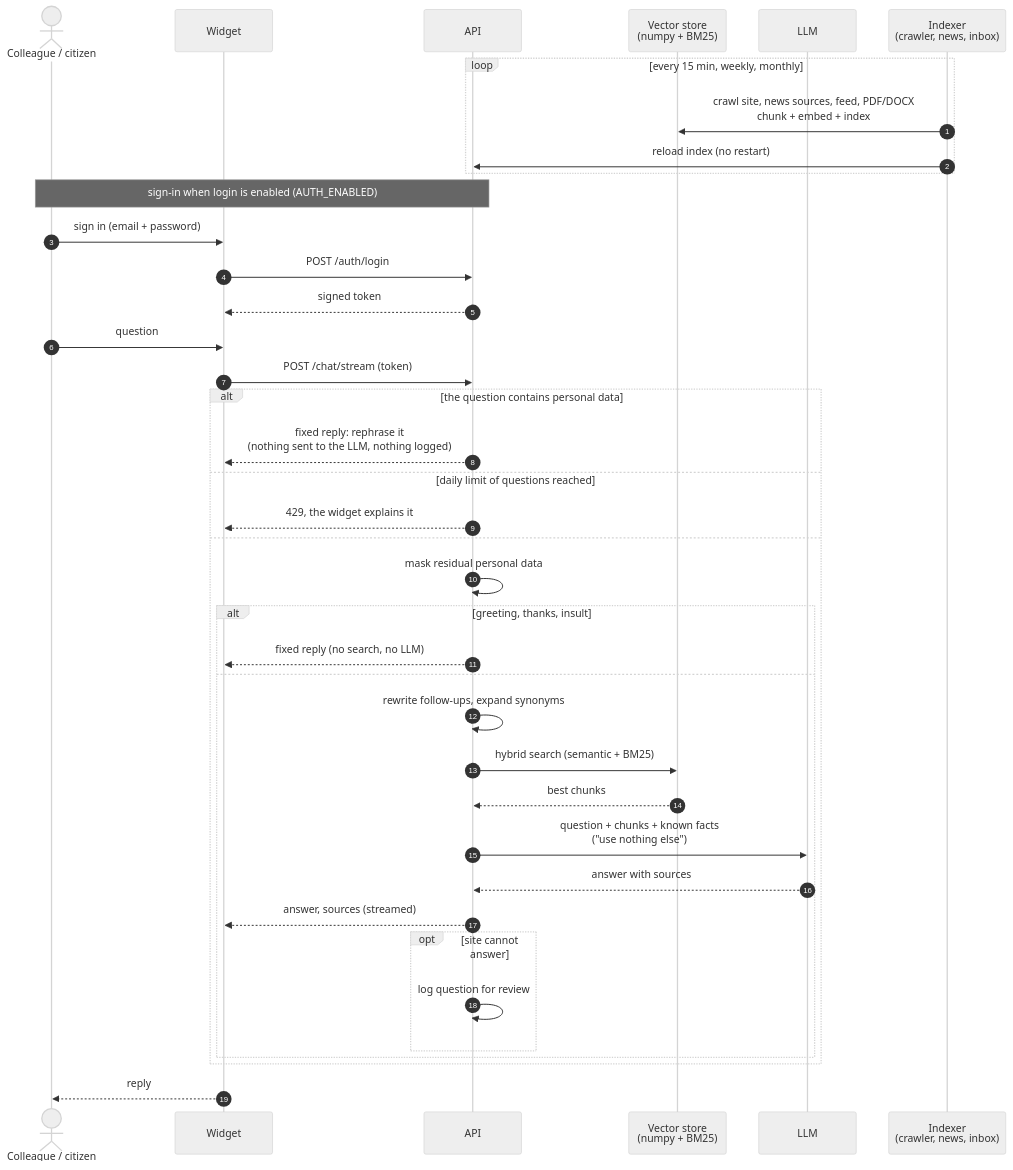
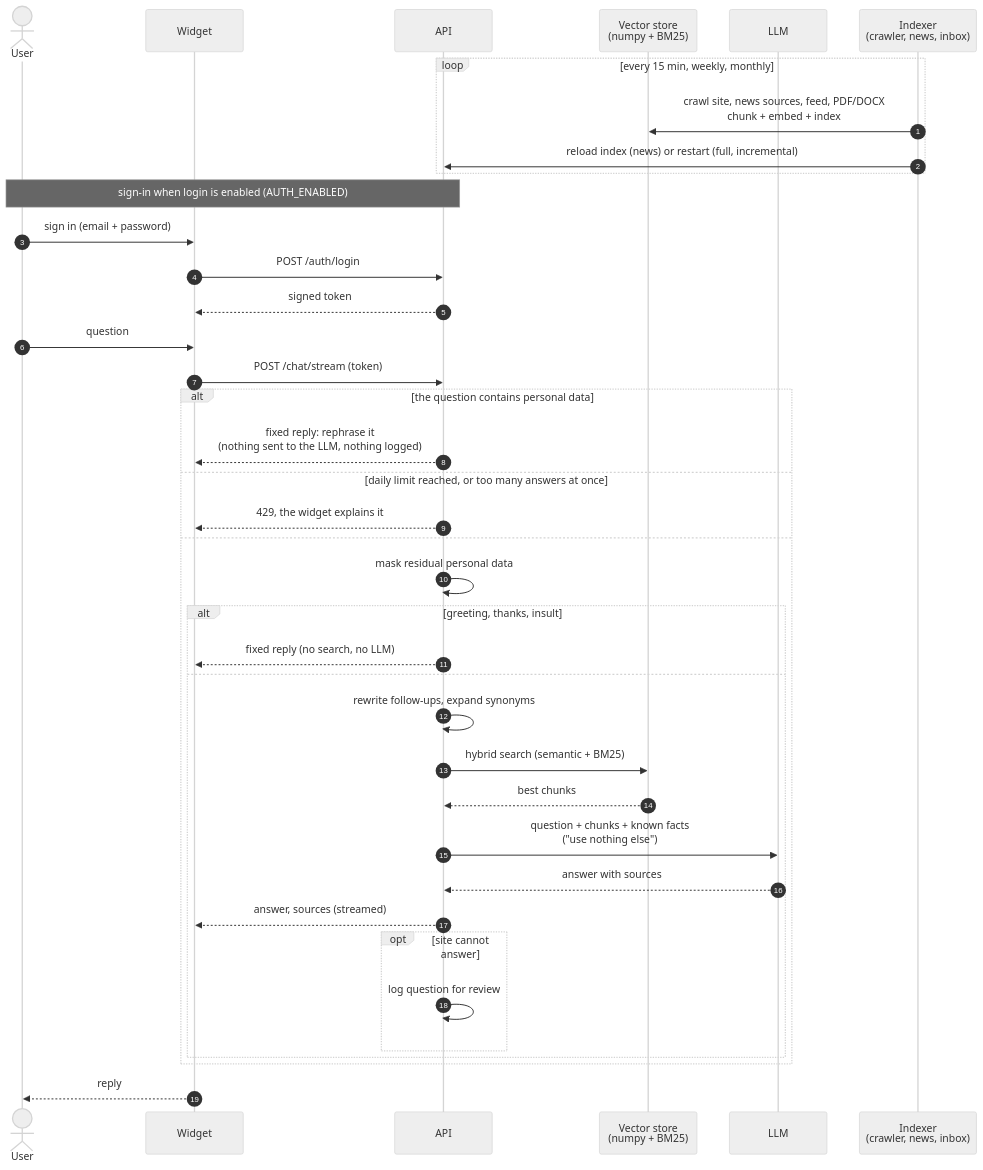
Before and after one commit to Antonio-Prado/zautte: the diagram in README.md, drawn with Mermaid (neutral theme). The commit also changed other lines of this file and 19 other files, not shown here.

````diff
--- a/README.md
+++ b/README.md
@@ -56,44 +56,44 @@
 ```mermaid
 sequenceDiagram
     autonumber
-    actor U as Colleague / citizen
+    actor U as User
     participant W as Widget
     participant A as API
     participant S as Vector store<br/>(numpy + BM25)
     participant L as LLM
     participant I as Indexer<br/>(crawler, news, inbox)
 
     loop every 15 min, weekly, monthly
         I->>S: crawl site, news sources, feed, PDF/DOCX<br/>chunk + embed + index
-        I->>A: reload index (no restart)
+        I->>A: reload index (news) or restart (full, incremental)
     end
 
     Note over U,A: sign-in when login is enabled (AUTH_ENABLED)
     U->>W: sign in (email + password)
     W->>A: POST /auth/login
     A-->>W: signed token
 
     U->>W: question
     W->>A: POST /chat/stream (token)
     alt the question contains personal data
         A-->>W: fixed reply: rephrase it<br/>(nothing sent to the LLM, nothing logged)
-    else daily limit of questions reached
+    else daily limit reached, or too many answers at once
         A-->>W: 429, the widget explains it
     else
         A->>A: mask residual personal data
         alt greeting, thanks, insult
             A-->>W: fixed reply (no search, no LLM)
         else
             A->>A: rewrite follow-ups, expand synonyms
             A->>S: hybrid search (semantic + BM25)
             S-->>A: best chunks
             A->>L: question + chunks + known facts<br/>("use nothing else")
             L-->>A: answer with sources
             A-->>W: answer, sources (streamed)
             opt site cannot answer
                 A->>A: log question for review
             end
         end
     end
     W-->>U: reply
 ```
````
